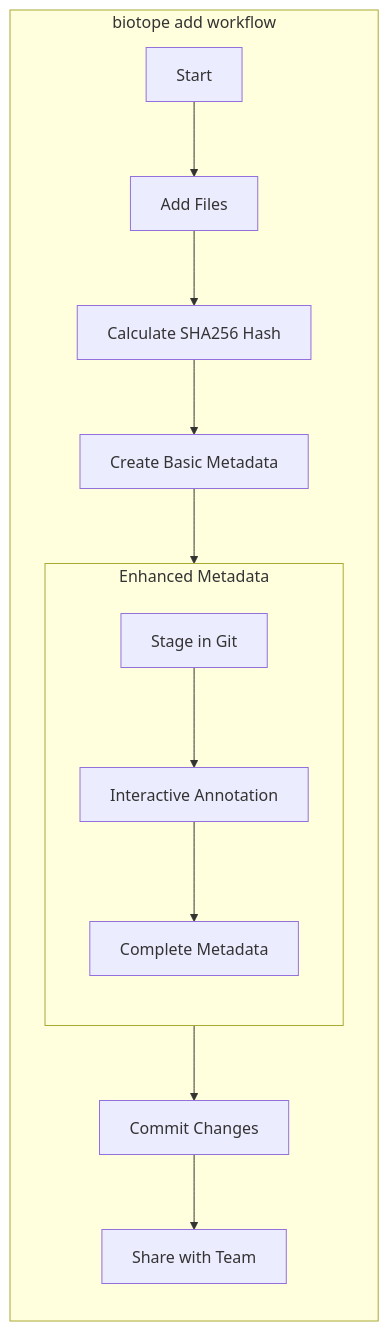
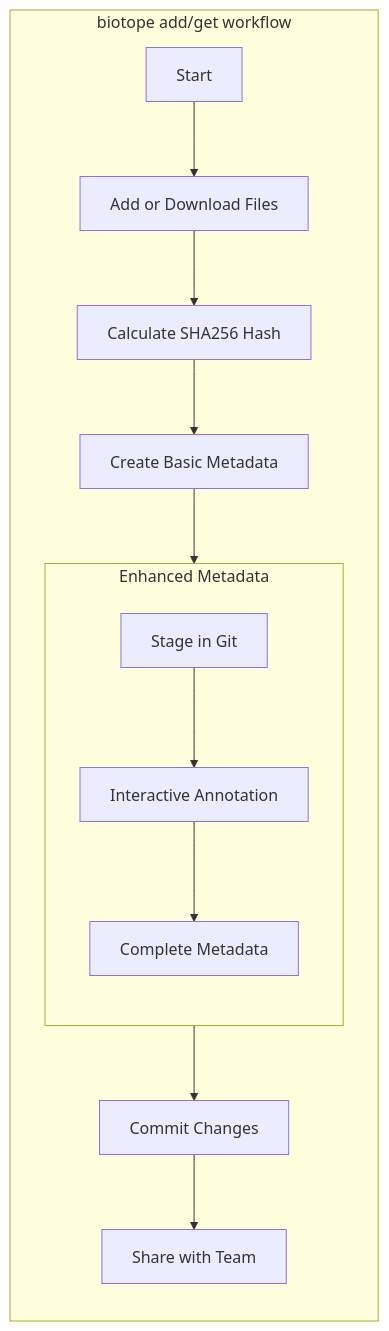
One commit to heispv/biotope changed the diagram in docs/learn/tutorials/index.md. Above: the diagram before and after it, drawn with Mermaid. The commit also changed other lines of this file and 6 other files, not shown here.

````diff
--- a/docs/learn/tutorials/index.md
+++ b/docs/learn/tutorials/index.md
@@ -12,19 +12,19 @@
 ```mermaid
 graph LR
-    subgraph "biotope add workflow"
+    subgraph "biotope add/get workflow"
         direction TB
-        A[Start] --> B[Add Files]
+        A[Start] --> B[Add or Download Files]
         B --> C[Calculate SHA256 Hash]
         C --> D[Create Basic Metadata]
         D --> E[Stage in Git]
         
         subgraph "Enhanced Metadata"
             direction TB
             E --> F[Interactive Annotation]
             F --> G[Complete Metadata]
         end
         
         G --> H[Commit Changes]
         H --> I[Share with Team]
     end
 ```
````
